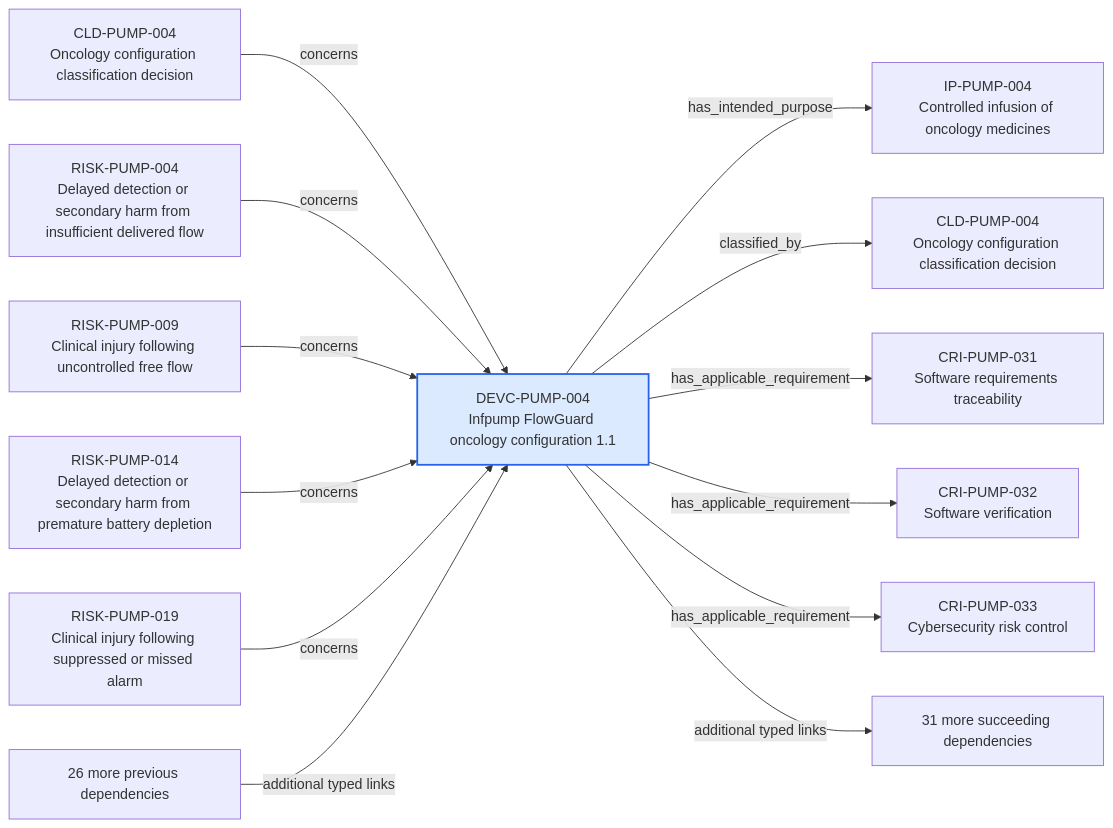
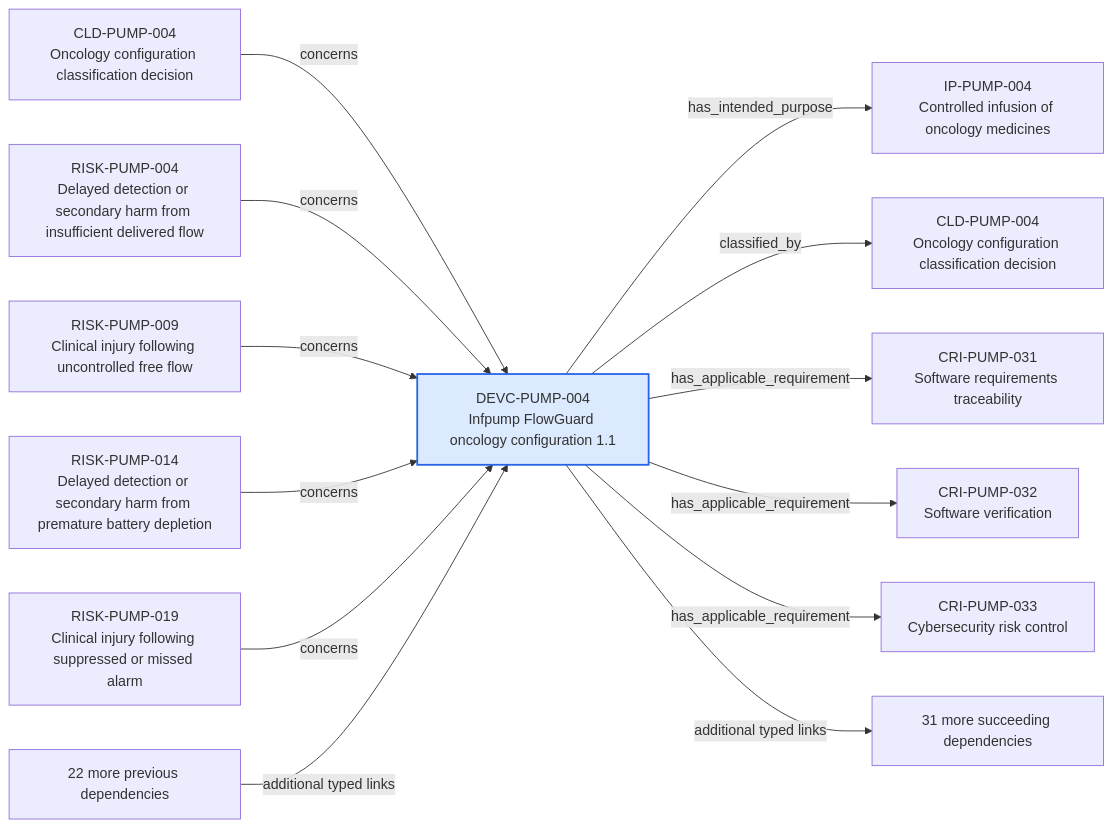
Before and after one commit to mvattulainen/mdrontology: the diagram in content/06-Infpump FlowGuard ontology notes/device-configuration/DEVC-PUMP-004-infpump-flowguard-oncology-configuration-11.md, drawn with Mermaid. The commit also changed other lines of this file and 321 other files, not shown here.

Commit message:
Implement Mermaid ontology audit findings

````diff
--- a/content/06-Infpump FlowGuard ontology notes/device-configuration/DEVC-PUMP-004-infpump-flowguard-oncology-configuration-11.md
+++ b/content/06-Infpump FlowGuard ontology notes/device-configuration/DEVC-PUMP-004-infpump-flowguard-oncology-configuration-11.md
@@ -159,30 +159,30 @@
 ```mermaid
 flowchart LR
   CURRENT["DEVC-PUMP-004<br/>Infpump FlowGuard oncology configuration 1.1"]
   PREV0["CLD-PUMP-004<br/>Oncology configuration classification decision"]
   PREV0 -->|"concerns"| CURRENT
   PREV1["RISK-PUMP-004<br/>Delayed detection or secondary harm from insufficient delivered flow"]
   PREV1 -->|"concerns"| CURRENT
   PREV2["RISK-PUMP-009<br/>Clinical injury following uncontrolled free flow"]
   PREV2 -->|"concerns"| CURRENT
   PREV3["RISK-PUMP-014<br/>Delayed detection or secondary harm from premature battery depletion"]
   PREV3 -->|"concerns"| CURRENT
   PREV4["RISK-PUMP-019<br/>Clinical injury following suppressed or missed alarm"]
   PREV4 -->|"concerns"| CURRENT
-  PREV_MORE["26 more previous dependencies"]
+  PREV_MORE["22 more previous dependencies"]
   PREV_MORE -->|"additional typed links"| CURRENT
   NEXT0["IP-PUMP-004<br/>Controlled infusion of oncology medicines"]
   CURRENT -->|"has_intended_purpose"| NEXT0
   NEXT1["CLD-PUMP-004<br/>Oncology configuration classification decision"]
   CURRENT -->|"classified_by"| NEXT1
   NEXT2["CRI-PUMP-031<br/>Software requirements traceability"]
   CURRENT -->|"has_applicable_requirement"| NEXT2
   NEXT3["CRI-PUMP-032<br/>Software verification"]
   CURRENT -->|"has_applicable_requirement"| NEXT3
   NEXT4["CRI-PUMP-033<br/>Cybersecurity risk control"]
   CURRENT -->|"has_applicable_requirement"| NEXT4
   NEXT_MORE["31 more succeeding dependencies"]
   CURRENT -->|"additional typed links"| NEXT_MORE
   classDef current fill:#dbeafe,stroke:#2563eb,stroke-width:2px
   class CURRENT current
 ```
````
